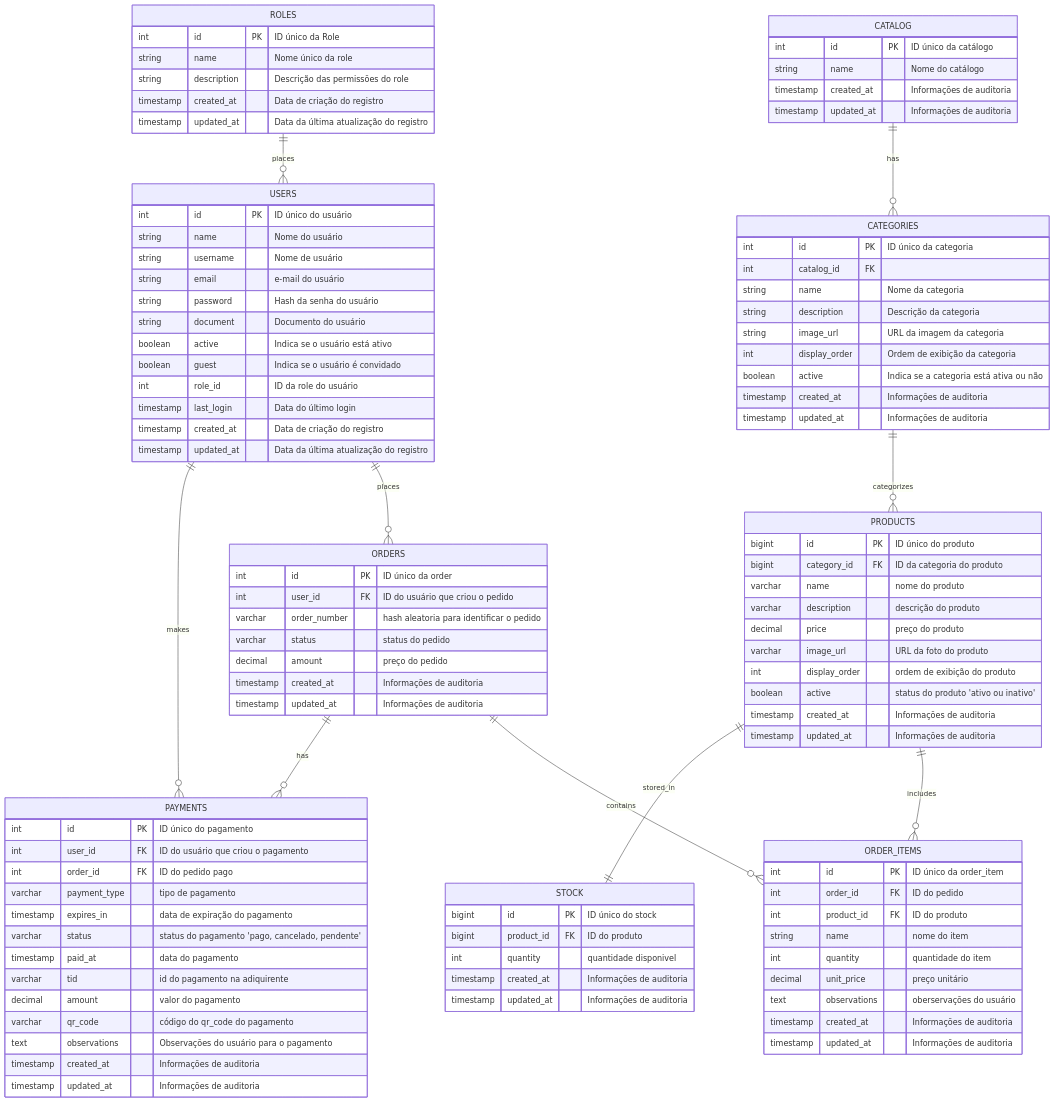
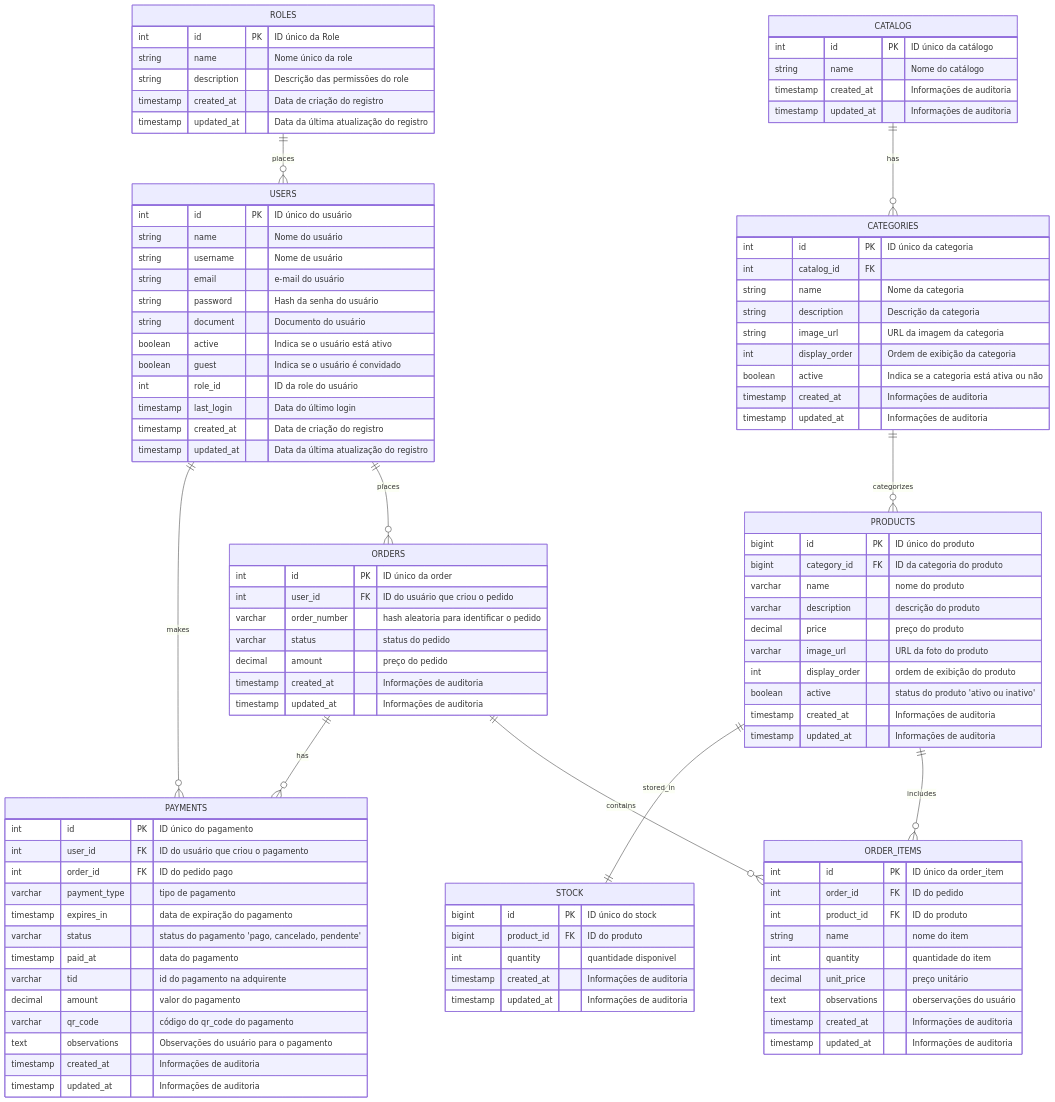
The fourth of 9 diagrams in README.md (FIAP-SOAT-TECH-TEAM/foodcore-api), drawn with Mermaid before and after one commit. The commit also changed other lines of this file, not shown here.

```diff
--- a/README.md
+++ b/README.md
@@ -366,7 +367,7 @@
         timestamp expires_in "data de expiração do pagamento"
         varchar status "status do pagamento 'pago, cancelado, pendente'"
         timestamp paid_at "data do pagamento"
-        varchar tid "id do pagamento na adiquirente"
+        varchar tid "id do pagamento na adquirente"
         decimal amount "valor do pagamento"
         varchar qr_code "código do qr_code do pagamento"
         text observations "Observações do usuário para o pagamento"
```
